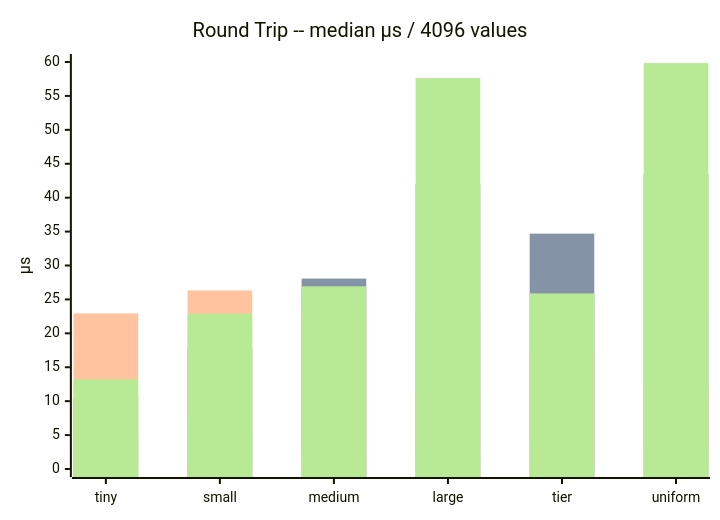
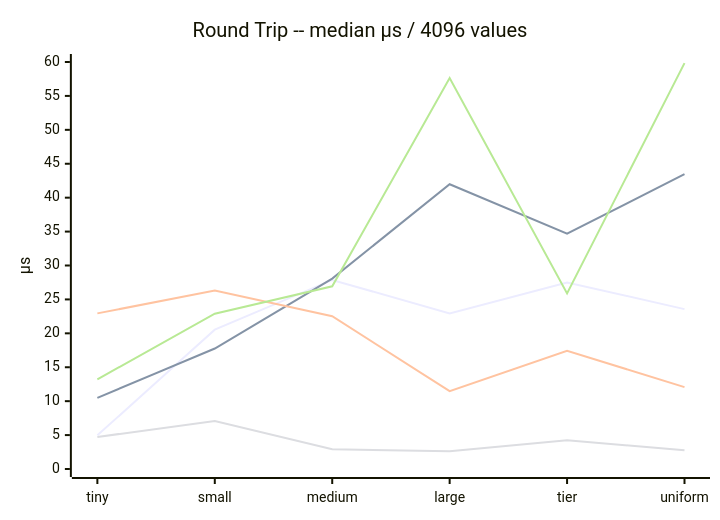
The fifth of 5 diagrams in bijou64/SHOOTOUT_ANALYSIS.md (inkandswitch/subduction), drawn with Mermaid before and after one commit. The commit also changed other lines of this file, not shown here.

````diff
--- a/bijou64/SHOOTOUT_ANALYSIS.md
+++ b/bijou64/SHOOTOUT_ANALYSIS.md
@@ -207,11 +138,11 @@
 ```mermaid
 xychart-beta
     title "Round Trip -- median µs / 4096 values"
     x-axis ["tiny", "small", "medium", "large", "tier", "uniform"]
     y-axis "µs" 0 --> 60
-    bar [4.96, 20.54, 27.87, 22.92, 27.50, 23.57]
-    bar [10.49, 17.76, 28.07, 41.98, 34.70, 43.46]
-    bar [22.94, 26.32, 22.52, 11.47, 17.43, 12.07]
-    bar [4.73, 7.06, 2.91, 2.61, 4.23, 2.77]
-    bar [13.22, 22.90, 26.93, 57.63, 25.89, 59.84]
+    line [4.96, 20.54, 27.87, 22.92, 27.50, 23.57]
+    line [10.49, 17.76, 28.07, 41.98, 34.70, 43.46]
+    line [22.94, 26.32, 22.52, 11.47, 17.43, 12.07]
+    line [4.73, 7.06, 2.91, 2.61, 4.23, 2.77]
+    line [13.22, 22.90, 26.93, 57.63, 25.89, 59.84]
 ```
````
